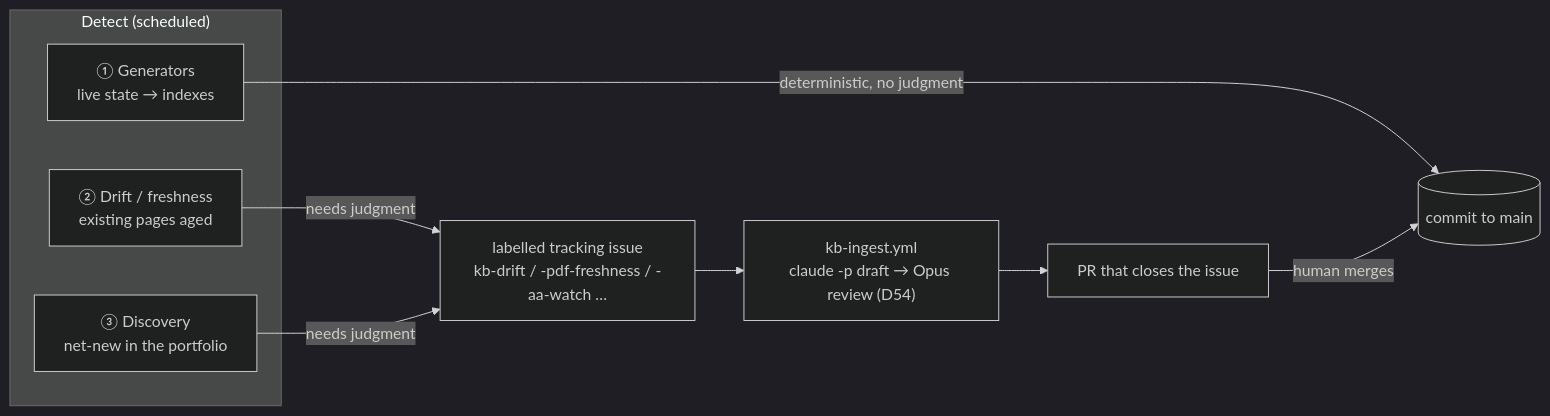
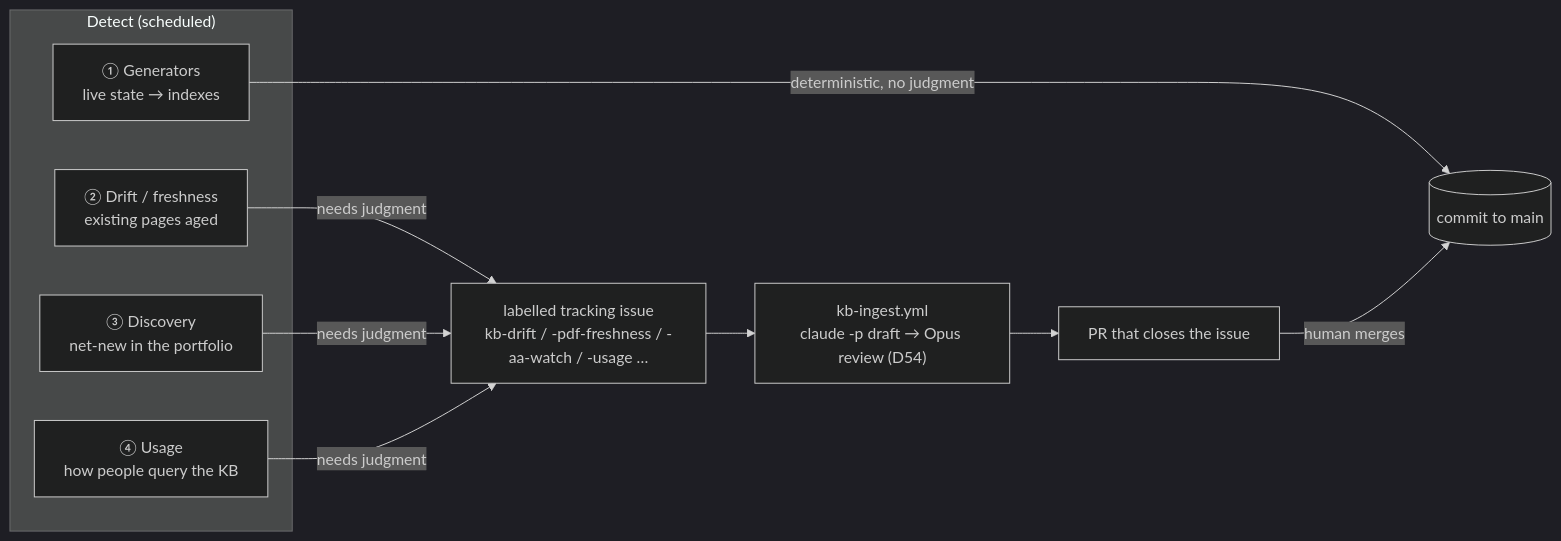
One commit to OCHA-DAP/ds-knowledge-base changed the diagram in infrastructure/automation.md. Above: the diagram before and after it, drawn with Mermaid (dark theme). The commit also changed other lines of this file and 8 other files, not shown here.

````diff
--- a/infrastructure/automation.md
+++ b/infrastructure/automation.md
@@ -8,14 +8,16 @@
 ```mermaid
 flowchart LR
   subgraph Detect["Detect (scheduled)"]
     G["① Generators<br/>live state → indexes"]
     D["② Drift / freshness<br/>existing pages aged"]
     X["③ Discovery<br/>net-new in the portfolio"]
+    U["④ Usage<br/>how people query the KB"]
   end
   G -->|deterministic, no judgment| Main[("commit to main")]
-  D -->|needs judgment| Issue["labelled tracking issue<br/>kb-drift / -pdf-freshness / -aa-watch …"]
+  D -->|needs judgment| Issue["labelled tracking issue<br/>kb-drift / -pdf-freshness / -aa-watch / -usage …"]
   X -->|needs judgment| Issue
+  U -->|needs judgment| Issue
   Issue --> Ingest["kb-ingest.yml<br/>claude -p draft → Opus review (D54)"]
   Ingest --> PR["PR that closes the issue"]
   PR -->|human merges| Main
 ```
````
